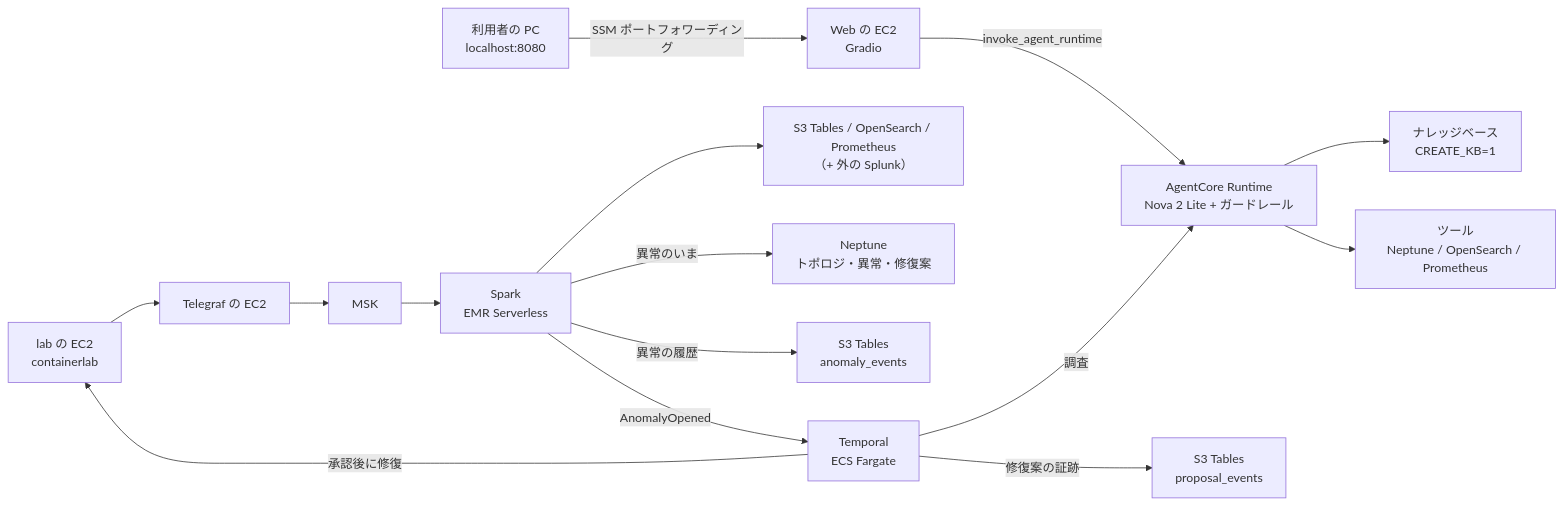
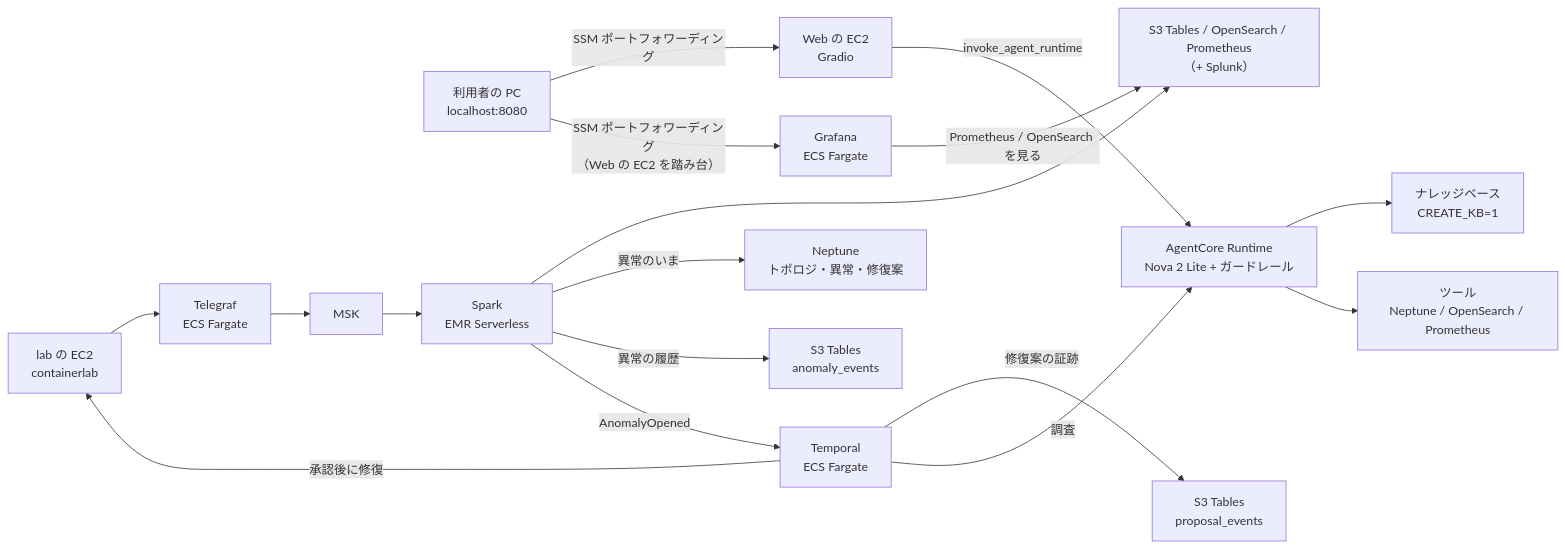
Before and after one commit to eddie-eights/cf-netops-sandbox: the diagram in README.md, drawn with Mermaid. The commit also changed other lines of this file and 73 other files, not shown here.

````diff
--- a/README.md
+++ b/README.md
@@ -8,15 +8,16 @@
 ```mermaid
 flowchart LR
   PC["利用者の PC<br/>localhost:8080"] -->|"SSM ポートフォワーディング"| WEB["Web の EC2<br/>Gradio"]
   WEB -->|"invoke_agent_runtime"| RT["AgentCore Runtime<br/>Nova 2 Lite + ガードレール"]
   RT --> KB["ナレッジベース<br/>CREATE_KB=1"]
   RT --> TOOLS["ツール<br/>Neptune / OpenSearch / Prometheus"]
-  LAB["lab の EC2<br/>containerlab"] --> TG["Telegraf の EC2"] --> MSK["MSK"] --> SPARK["Spark<br/>EMR Serverless"]
-  SPARK --> STORE["S3 Tables / OpenSearch / Prometheus<br/>（+ 外の Splunk）"]
+  LAB["lab の EC2<br/>containerlab"] --> TG["Telegraf<br/>ECS Fargate"] --> MSK["MSK"] --> SPARK["Spark<br/>EMR Serverless"]
+  SPARK --> STORE["S3 Tables / OpenSearch / Prometheus<br/>（+ Splunk）"]
+  PC -->|"SSM ポートフォワーディング<br/>（Web の EC2 を踏み台）"| GRAF["Grafana<br/>ECS Fargate"] -->|"Prometheus / OpenSearch を見る"| STORE
   SPARK -->|"異常のいま"| NEP["Neptune<br/>トポロジ・異常・修復案"]
   SPARK -->|"異常の履歴"| AUDIT["S3 Tables<br/>anomaly_events"]
   WF -->|"修復案の証跡"| PAUDIT["S3 Tables<br/>proposal_events"]
   SPARK -->|"AnomalyOpened"| WF["Temporal<br/>ECS Fargate"]
   WF -->|"調査"| RT
   WF -->|"承認後に修復"| LAB
 ```
````
